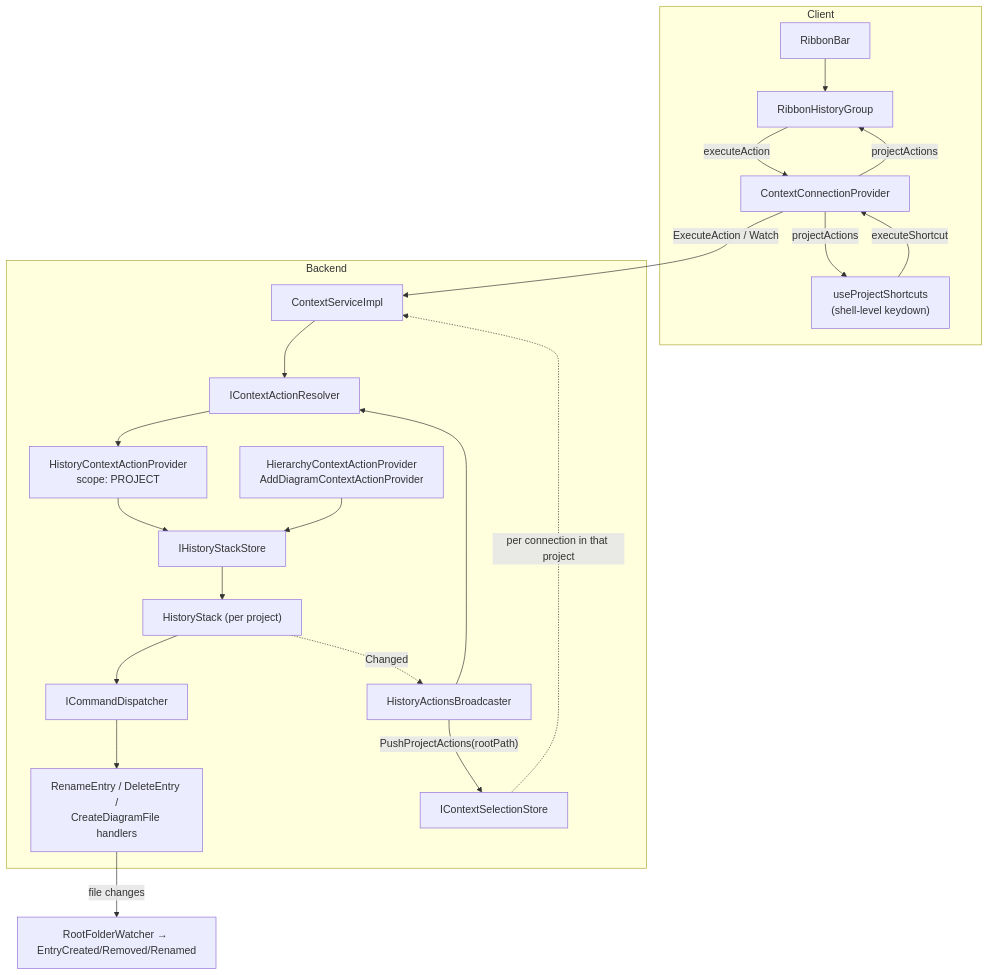
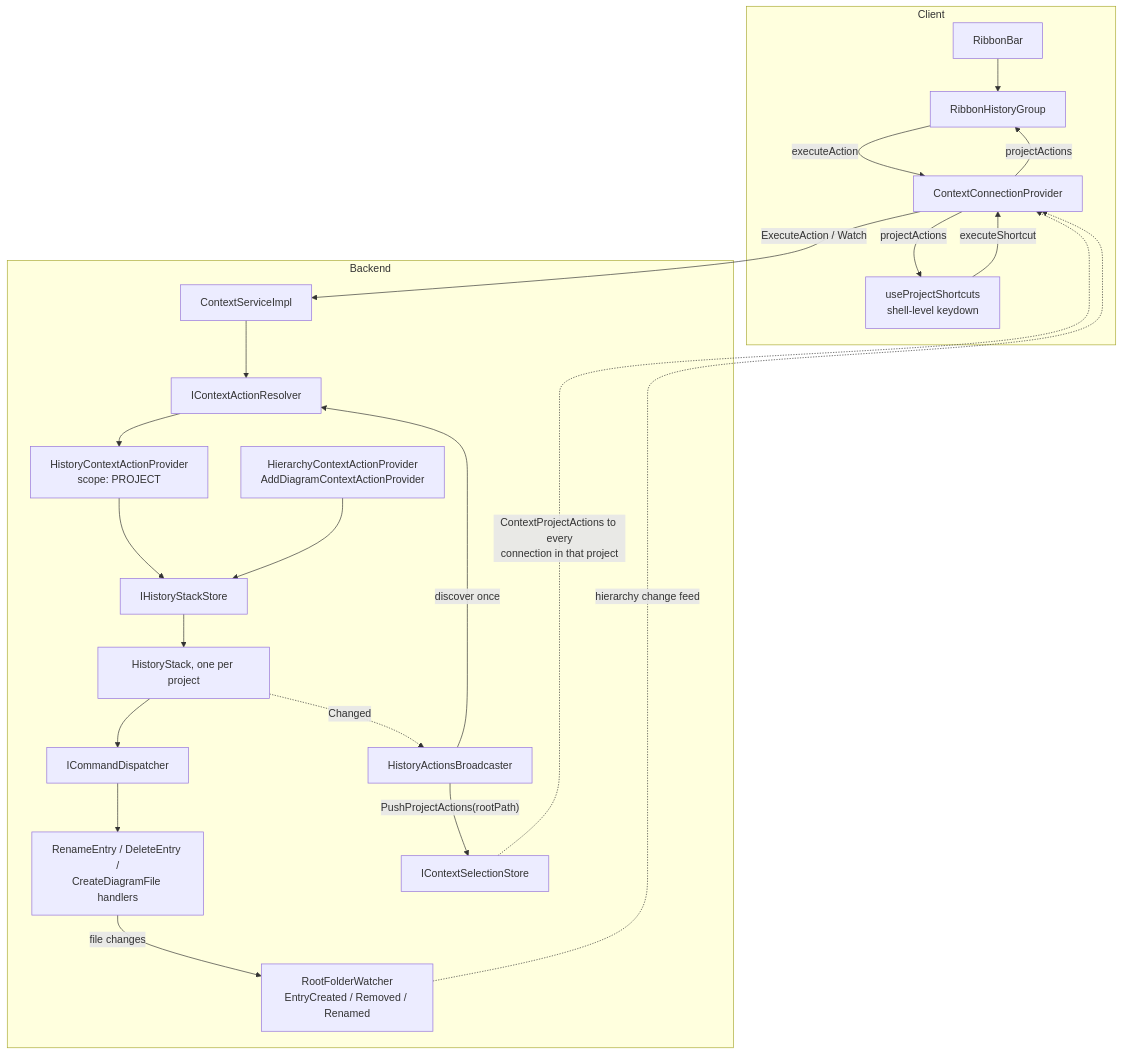
Before and after one commit to etalii-adp/etalii.adp.ide.standalone: the first of 2 diagrams in .spec-workflow/specs/diagram-undo-redo/design.md, drawn with Mermaid. The commit also changed other lines of this file and 1 other file, not shown here.

Commit message:
Documented bottom-up implementation order for features, emphasizing dependency-aligned layering (data model → persistence → wire protocol → client UI → business logic), with testing at each step. Refined diagram-undo-redo sequence diagrams for clarity.

````diff
--- a/.spec-workflow/specs/diagram-undo-redo/design.md
+++ b/.spec-workflow/specs/diagram-undo-redo/design.md
@@ -55,26 +55,27 @@
 ```mermaid
 graph TD
     subgraph client ["Client"]
         RB["RibbonBar"] --> RHG["RibbonHistoryGroup"]
-        SHK["useProjectShortcuts<br/>(shell-level keydown)"]
+        SHK["useProjectShortcuts<br/>shell-level keydown"]
         RHG -->|"executeAction"| CCP["ContextConnectionProvider"]
         SHK -->|"executeShortcut"| CCP
         CCP -->|"projectActions"| RHG
         CCP -->|"projectActions"| SHK
     end
-    CCP -->|"ExecuteAction / Watch"| SVC["ContextServiceImpl"]
     subgraph backend ["Backend"]
-        SVC --> RES["IContextActionResolver"]
+        SVC["ContextServiceImpl"] --> RES["IContextActionResolver"]
         RES --> HPROV["HistoryContextActionProvider<br/>scope: PROJECT"]
         HPROV --> STORE["IHistoryStackStore"]
-        STORE --> HS["HistoryStack (per project)"]
+        OTHER["HierarchyContextActionProvider<br/>AddDiagramContextActionProvider"] --> STORE
+        STORE --> HS["HistoryStack, one per project"]
         HS --> DISP["ICommandDispatcher"]
         DISP --> HANDLERS["RenameEntry / DeleteEntry /<br/>CreateDiagramFile handlers"]
+        HANDLERS -->|"file changes"| WATCH["RootFolderWatcher<br/>EntryCreated / Removed / Renamed"]
         HS -.->|"Changed"| BC["HistoryActionsBroadcaster"]
-        BC --> RES
+        BC -->|"discover once"| RES
         BC -->|"PushProjectActions(rootPath)"| SEL["IContextSelectionStore"]
-        SEL -.->|"per connection in that project"| SVC
-        OTHER["HierarchyContextActionProvider<br/>AddDiagramContextActionProvider"] --> STORE
     end
-    HANDLERS -->|"file changes"| WATCH["RootFolderWatcher → EntryCreated/Removed/Renamed"]
+    CCP -->|"ExecuteAction / Watch"| SVC
+    SEL -.->|"ContextProjectActions to every<br/>connection in that project"| CCP
+    WATCH -.->|"hierarchy change feed"| CCP
 ```
````
